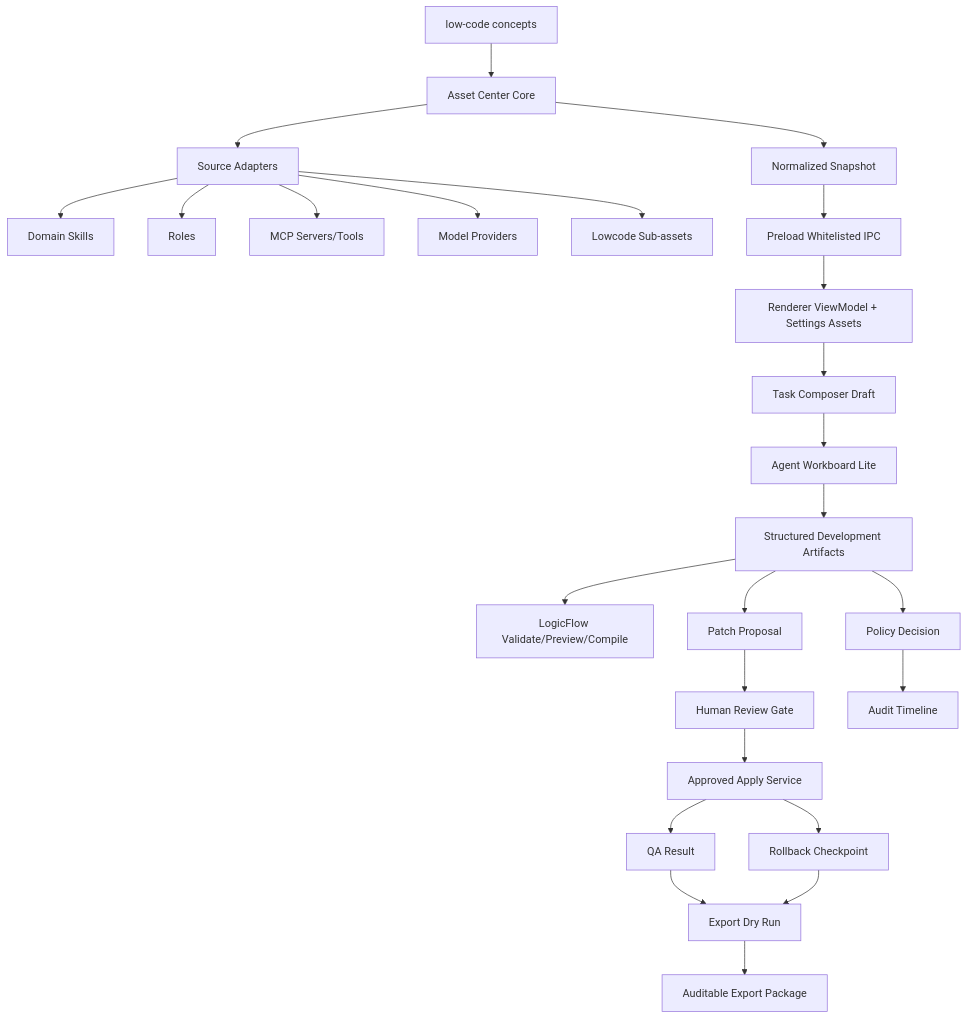
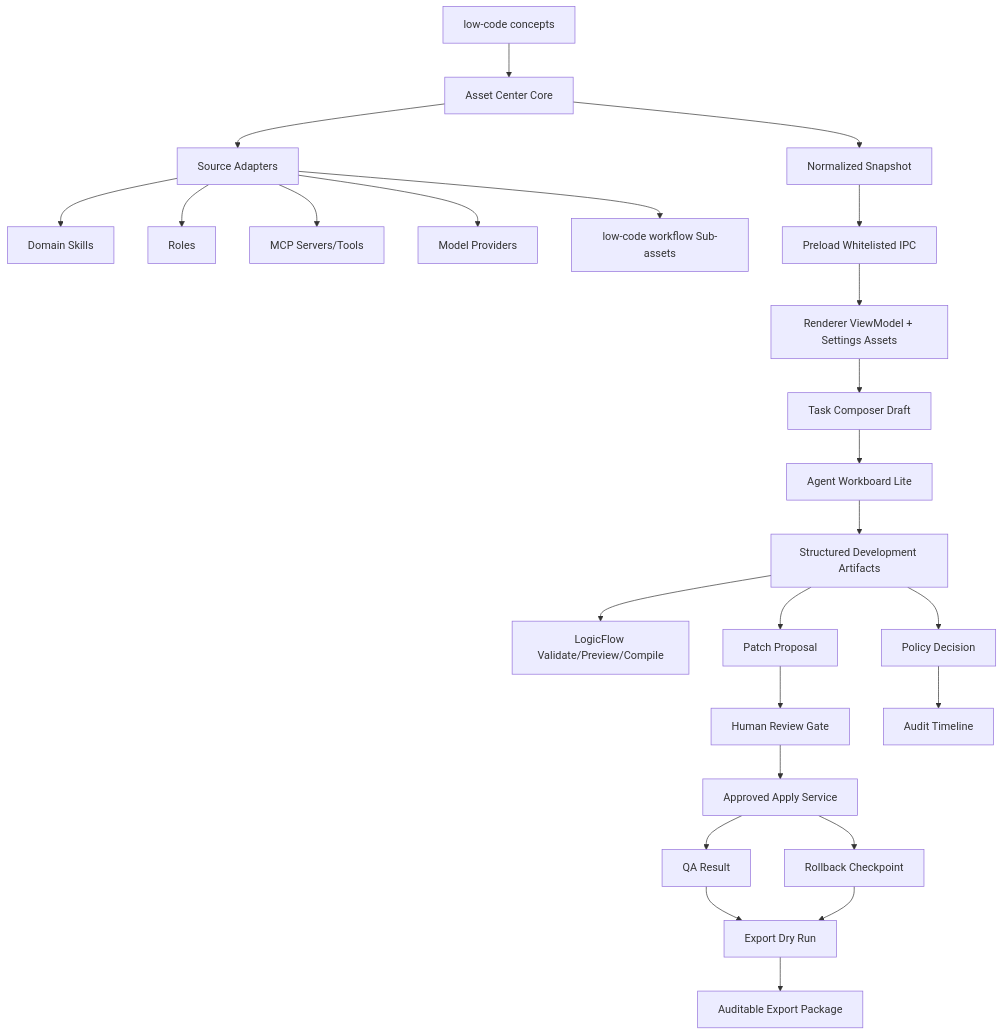
Before and after one commit to 957115488-dotcom/fishswarm: the diagram in docs/plans/2026-06-25-lowcode-fishswarm-master-development-plan.md, drawn with Mermaid. The commit also changed other lines of this file and 23 other files, not shown here.

Commit message:
chore: sanitize low-code integration naming

````diff
--- a/docs/plans/2026-06-25-lowcode-fishswarm-master-development-plan.md
+++ b/docs/plans/2026-06-25-lowcode-fishswarm-master-development-plan.md
@@ -93,27 +93,27 @@
 ```mermaid
 flowchart TD
   CW["low-code concepts"] --> AC["Asset Center Core"]
   AC --> AD["Source Adapters"]
   AD --> DS["Domain Skills"]
   AD --> RO["Roles"]
   AD --> MCP["MCP Servers/Tools"]
   AD --> PR["Model Providers"]
-  AD --> CWA["Lowcode Sub-assets"]
+  AD --> CWA["low-code workflow Sub-assets"]
   AC --> SNAP["Normalized Snapshot"]
   SNAP --> IPC["Preload Whitelisted IPC"]
   IPC --> UI["Renderer ViewModel + Settings Assets"]
   UI --> COM["Task Composer Draft"]
   COM --> WB["Agent Workboard Lite"]
   WB --> ART["Structured Development Artifacts"]
   ART --> LF["LogicFlow Validate/Preview/Compile"]
   ART --> PATCH["Patch Proposal"]
   PATCH --> REVIEW["Human Review Gate"]
   REVIEW --> APPLY["Approved Apply Service"]
   APPLY --> RB["Rollback Checkpoint"]
   APPLY --> QA["QA Result"]
   ART --> POL["Policy Decision"]
   POL --> AUD["Audit Timeline"]
   QA --> EXP["Export Dry Run"]
   RB --> EXP
   EXP --> PKG["Auditable Export Package"]
 ```
````
